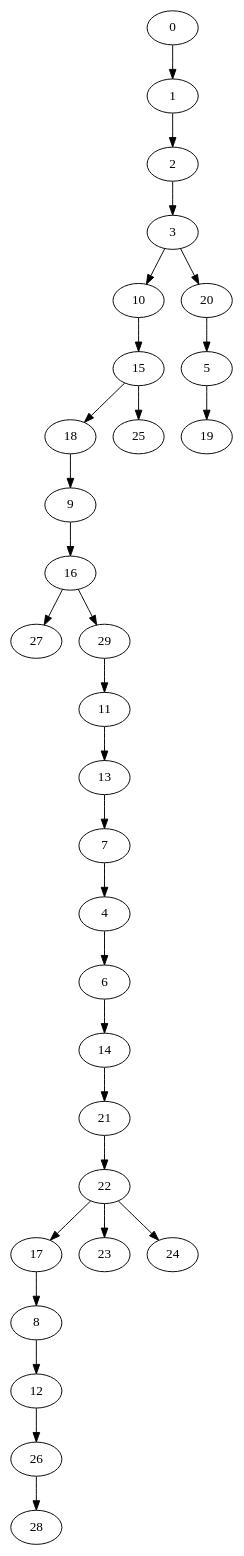
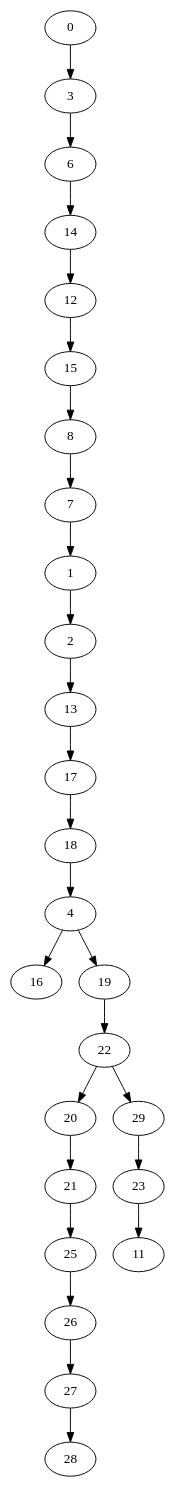
The diagram in gv/Geo_30_dfs_rec.gv (HugoBec/graph), drawn with Graphviz before and after one commit. The commit also changed 60 other files, not shown here.

```diff
--- a/gv/Geo_30_dfs_rec.gv
+++ b/gv/Geo_30_dfs_rec.gv
@@ -1,61 +1,53 @@
 digraph {
 	0 [label=0]
+	3 [label=3]
+	6 [label=6]
+	14 [label=14]
+	12 [label=12]
+	15 [label=15]
+	8 [label=8]
+	7 [label=7]
 	1 [label=1]
 	2 [label=2]
-	3 [label=3]
-	10 [label=10]
-	15 [label=15]
+	13 [label=13]
+	17 [label=17]
 	18 [label=18]
-	9 [label=9]
+	4 [label=4]
 	16 [label=16]
+	19 [label=19]
+	22 [label=22]
+	20 [label=20]
+	21 [label=21]
+	25 [label=25]
+	26 [label=26]
 	27 [label=27]
+	28 [label=28]
 	29 [label=29]
+	23 [label=23]
 	11 [label=11]
-	13 [label=13]
-	7 [label=7]
-	4 [label=4]
-	6 [label=6]
-	14 [label=14]
-	21 [label=21]
-	22 [label=22]
-	17 [label=17]
-	8 [label=8]
-	12 [label=12]
-	26 [label=26]
-	28 [label=28]
-	23 [label=23]
-	24 [label=24]
-	25 [label=25]
-	20 [label=20]
-	5 [label=5]
-	19 [label=19]
-	0 -> 1
+	0 -> 3
+	3 -> 6
+	6 -> 14
+	14 -> 12
+	12 -> 15
+	15 -> 8
+	8 -> 7
+	7 -> 1
 	1 -> 2
-	2 -> 3
-	3 -> 10
-	10 -> 15
-	15 -> 18
-	18 -> 9
-	9 -> 16
-	16 -> 27
-	16 -> 29
-	29 -> 11
-	11 -> 13
-	13 -> 7
-	7 -> 4
-	4 -> 6
-	6 -> 14
-	14 -> 21
-	21 -> 22
-	22 -> 17
-	17 -> 8
-	8 -> 12
-	12 -> 26
-	26 -> 28
-	22 -> 23
-	22 -> 24
-	15 -> 25
-	3 -> 20
-	20 -> 5
-	5 -> 19
+	2 -> 13
+	13 -> 17
+	17 -> 18
+	18 -> 4
+	4 -> 16
+	4 -> 19
+	19 -> 22
+	22 -> 20
+	20 -> 21
+	21 -> 25
+	25 -> 26
+	26 -> 27
+	27 -> 28
+	22 -> 29
+	29 -> 23
+	23 -> 11
 }
```
